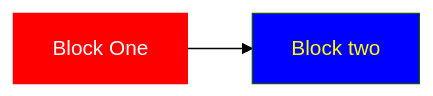
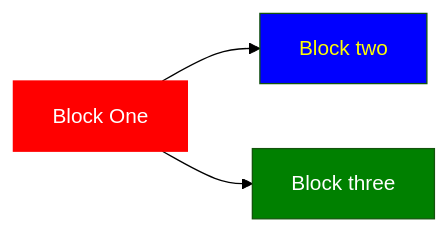
Before and after one commit to stephening/testmermaid: the diagram in README.md, drawn with Mermaid (forest theme).

````diff
--- a/README.md
+++ b/README.md
@@ -4,6 +4,8 @@
 ```mermaid
 graph LR
 b1[Block One]-->b2[Block two]
 style b1 fill:red,stroke:red,shadow:shadow,color:white
 style b2 fill:blue,color:yellow
+b1-->b3[Block three]
+style b3 fill:green,color:white
 ```
````
